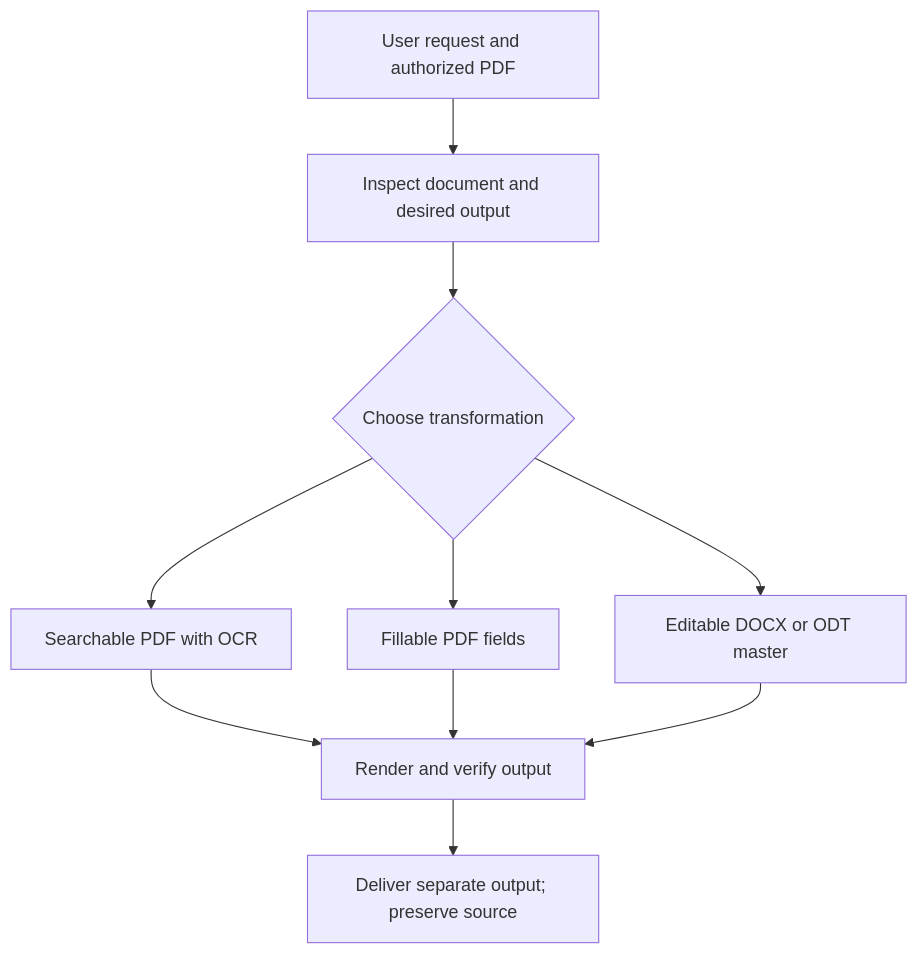
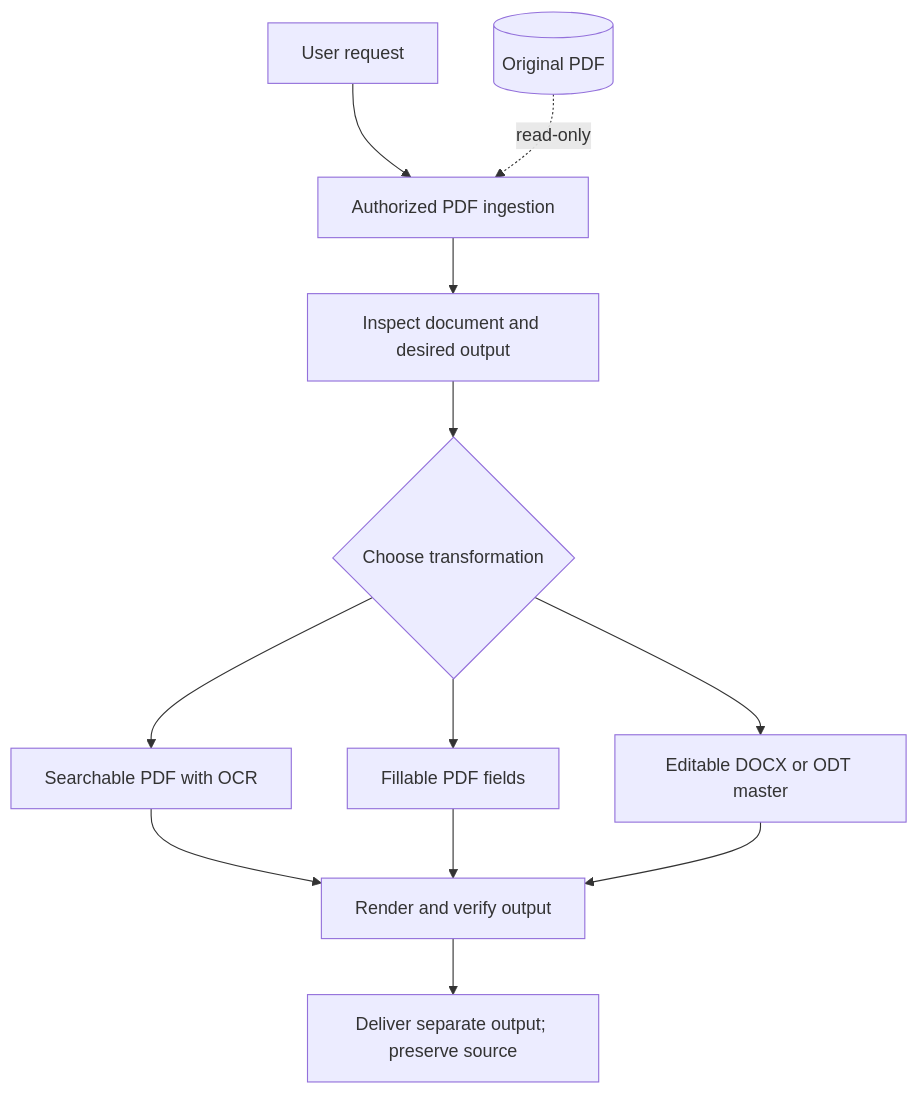
The diagram in README.md (jlstacks/make-pdf-editable), drawn with Mermaid before and after one commit. The commit also changed other lines of this file, not shown here.

Commit message:
Document business value and workflow invariants

````diff
--- a/README.md
+++ b/README.md
@@ -13,12 +31,15 @@
 ```mermaid
 flowchart TD
-    Request[User request and authorized PDF] --> Inspect[Inspect document and desired output]
+    Request[User request] --> Ingest[Authorized PDF ingestion]
+    Ingest --> Inspect[Inspect document and desired output]
     Inspect --> Choice{Choose transformation}
     Choice --> OCR[Searchable PDF with OCR]
     Choice --> Form[Fillable PDF fields]
     Choice --> Master[Editable DOCX or ODT master]
     OCR --> Verify[Render and verify output]
     Form --> Verify
     Master --> Verify
     Verify --> Deliver[Deliver separate output; preserve source]
+
+    Source[(Original PDF)] -. read-only .-> Ingest
 ```
````
